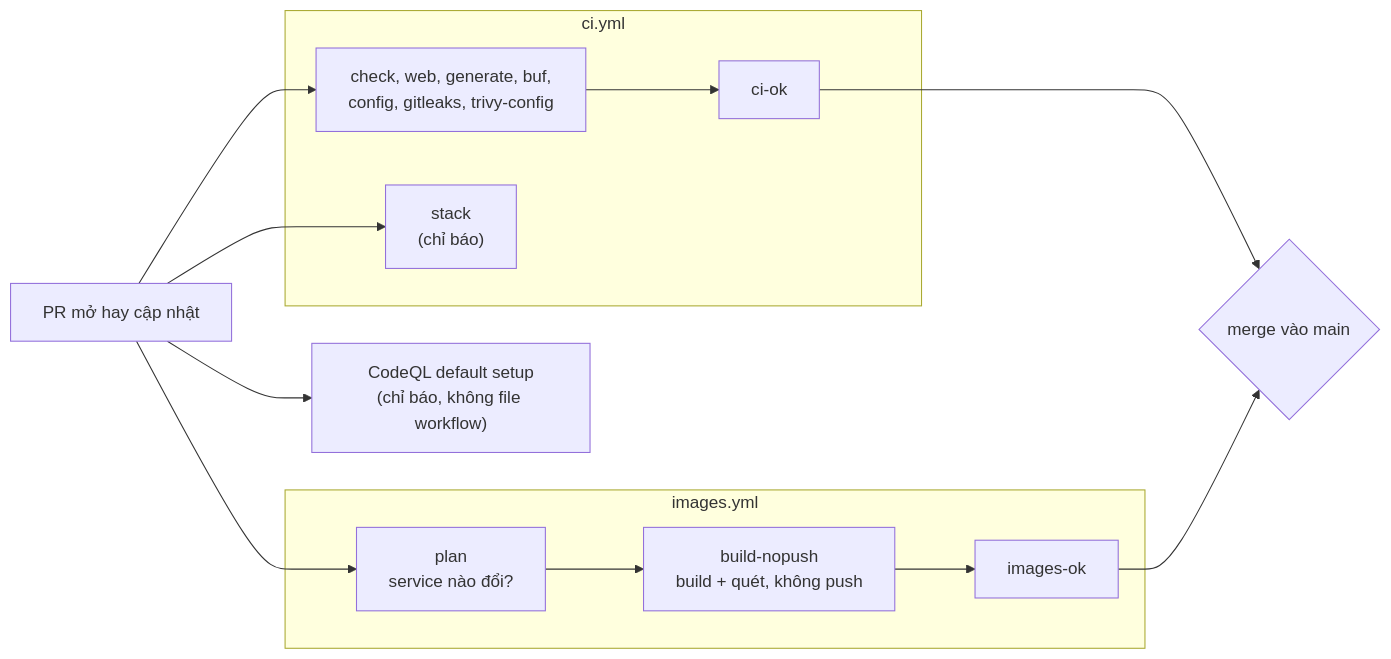
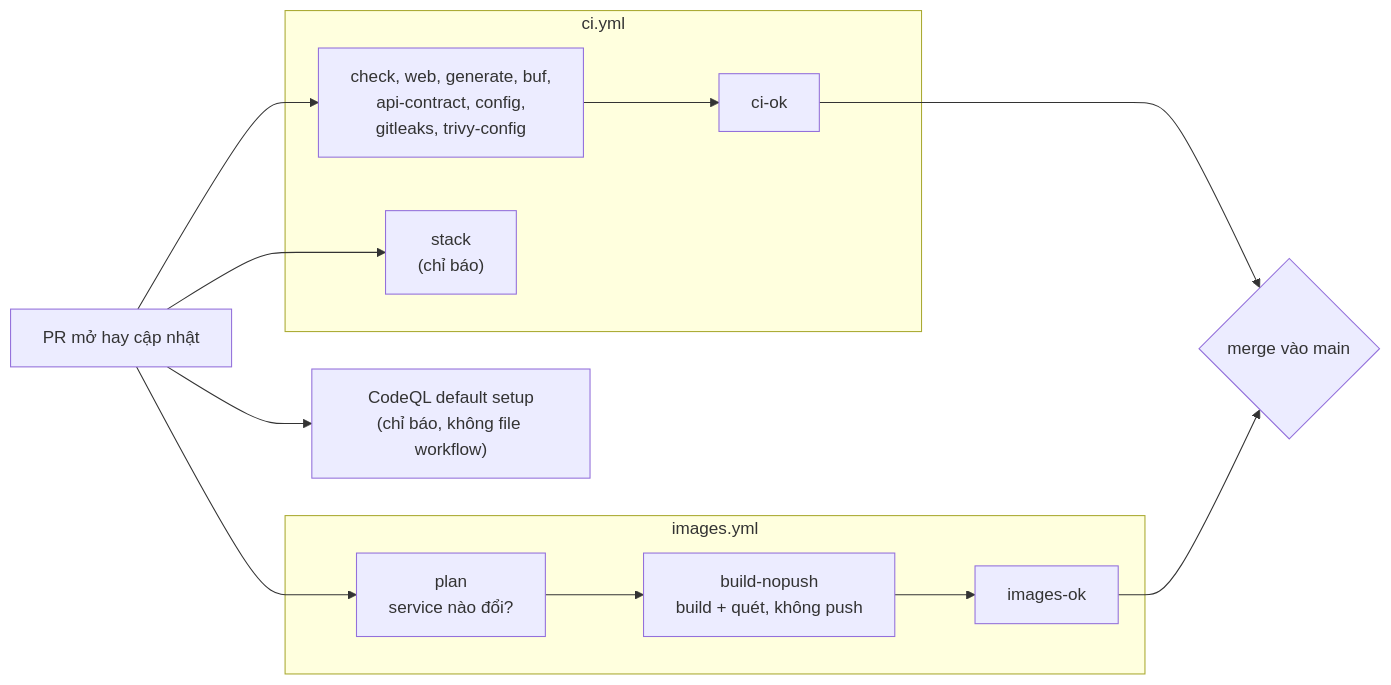
One commit to anhnvcoder/short-video-platform changed the first of 5 diagrams in docs/ci-cd.md. Above: the diagram before and after it, drawn with Mermaid. The commit also changed other lines of this file and 64 other files, not shown here.

````diff
--- a/docs/ci-cd.md
+++ b/docs/ci-cd.md
@@ -34,20 +34,20 @@
 ```mermaid
 flowchart LR
     pr["PR mở hay cập nhật"]
     subgraph ci["ci.yml"]
-        jobs["check, web, generate, buf,<br/>config, gitleaks, trivy-config"]
+        jobs["check, web, generate, buf,<br/>api-contract, config,<br/>gitleaks, trivy-config"]
         ciok["ci-ok"]
         stack["stack<br/>(chỉ báo)"]
     end
     codeql["CodeQL default setup<br/>(chỉ báo, không file workflow)"]
     subgraph img["images.yml"]
         plan["plan<br/>service nào đổi?"]
         nopush["build-nopush<br/>build + quét, không push"]
         imgok["images-ok"]
     end
     merge{"merge vào main"}
     pr --> jobs --> ciok --> merge
     pr --> stack
     pr --> codeql
     pr --> plan --> nopush --> imgok --> merge
 ```
````
